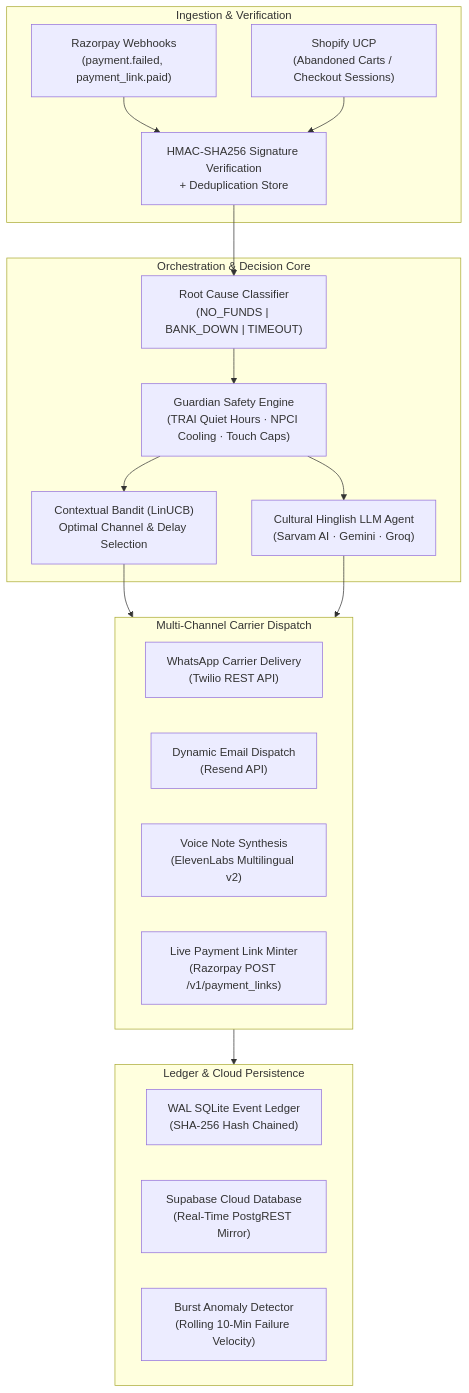
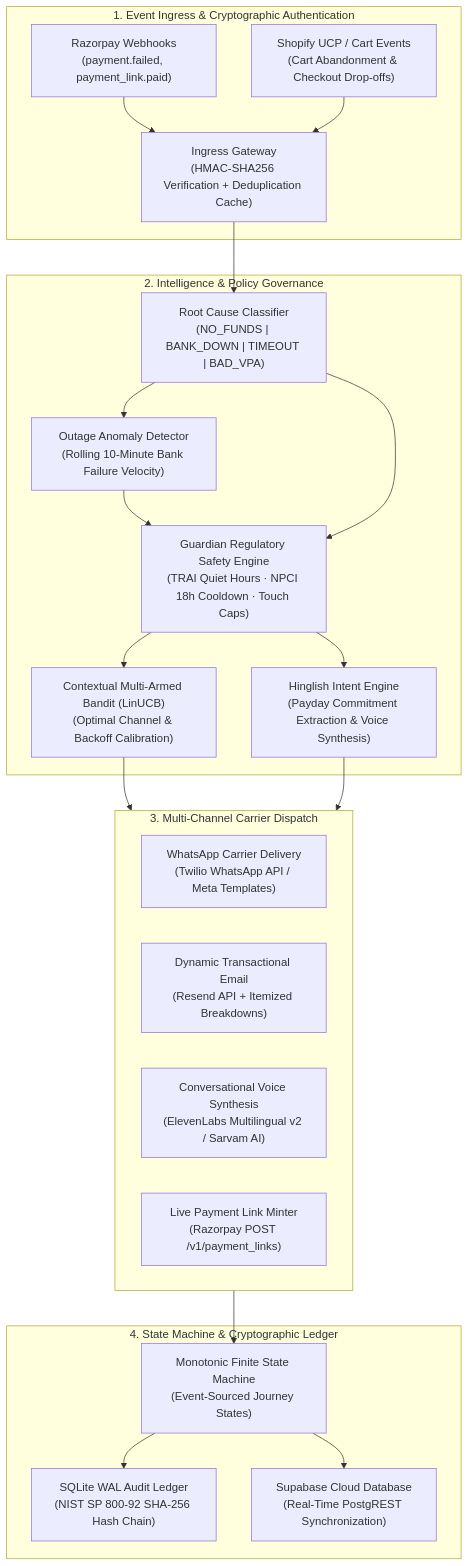
Before and after one commit to JoelDlima/Cadence: the diagram in README.md, drawn with Mermaid. The commit also changed other lines of this file and 3 other files, not shown here.

Commit message:
docs: institutional professional README overhaul without emojis, ATS-optimized architecture specification, and placeholder privacy scrub

````diff
--- a/README.md
+++ b/README.md
@@ -56,38 +35,43 @@
 ```mermaid
 flowchart TD
-    subgraph IngestionLayer["Ingestion & Verification"]
+    subgraph IngestionLayer["1. Event Ingress & Cryptographic Authentication"]
         RZP["Razorpay Webhooks\n(payment.failed, payment_link.paid)"]
-        UCP["Shopify UCP\n(Abandoned Carts / Checkout Sessions)"]
-        HMAC["HMAC-SHA256 Signature Verification\n+ Deduplication Store"]
+        UCP["Shopify UCP / Cart Events\n(Cart Abandonment & Checkout Drop-offs)"]
+        HMAC["Ingress Gateway\n(HMAC-SHA256 Verification + Deduplication Cache)"]
     end
 
-    subgraph IntelligenceLayer["Orchestration & Decision Core"]
-        CLASS["Root Cause Classifier\n(NO_FUNDS | BANK_DOWN | TIMEOUT)"]
-        GUARD["Guardian Safety Engine\n(TRAI Quiet Hours · NPCI Cooling · Touch Caps)"]
-        LLM["Cultural Hinglish LLM Agent\n(Sarvam AI · Gemini · Groq)"]
-        BANDIT["Contextual Bandit (LinUCB)\nOptimal Channel & Delay Selection"]
+    subgraph IntelligenceLayer["2. Intelligence & Policy Governance"]
+        CLASS["Root Cause Classifier\n(NO_FUNDS | BANK_DOWN | TIMEOUT | BAD_VPA)"]
+        ANOMALY["Outage Anomaly Detector\n(Rolling 10-Minute Bank Failure Velocity)"]
+        GUARD["Guardian Regulatory Safety Engine\n(TRAI Quiet Hours · NPCI 18h Cooldown · Touch Caps)"]
+        BANDIT["Contextual Multi-Armed Bandit (LinUCB)\n(Optimal Channel & Backoff Calibration)"]
+        LLM["Hinglish Intent Engine\n(Payday Commitment Extraction & Voice Synthesis)"]
     end
 
-    subgraph ExecutionLayer["Multi-Channel Carrier Dispatch"]
-        WA["WhatsApp Carrier Delivery\n(Twilio REST API)"]
-        EM["Dynamic Email Dispatch\n(Resend API)"]
-        TTS["Voice Note Synthesis\n(ElevenLabs Multilingual v2)"]
+    subgraph ExecutionLayer["3. Multi-Channel Carrier Dispatch"]
+        WA["WhatsApp Carrier Delivery\n(Twilio WhatsApp API / Meta Templates)"]
+        EM["Dynamic Transactional Email\n(Resend API + Itemized Breakdowns)"]
+        TTS["Conversational Voice Synthesis\n(ElevenLabs Multilingual v2 / Sarvam AI)"]
         PLINK["Live Payment Link Minter\n(Razorpay POST /v1/payment_links)"]
     end
 
-    subgraph StorageLayer["Ledger & Cloud Persistence"]
-        SQLITE["WAL SQLite Event Ledger\n(SHA-256 Hash Chained)"]
-        SUPA["Supabase Cloud Database\n(Real-Time PostgREST Mirror)"]
-        ANOMALY["Burst Anomaly Detector\n(Rolling 10-Min Failure Velocity)"]
+    subgraph PersistenceLayer["4. State Machine & Cryptographic Ledger"]
+        FSM["Monotonic Finite State Machine\n(Event-Sourced Journey States)"]
+        LEDGER["SQLite WAL Audit Ledger\n(NIST SP 800-92 SHA-256 Hash Chain)"]
+        SUPA["Supabase Cloud Database\n(Real-Time PostgREST Synchronization)"]
     end
 
     RZP --> HMAC
     UCP --> HMAC
     HMAC --> CLASS
+    CLASS --> ANOMALY
+    ANOMALY --> GUARD
     CLASS --> GUARD
     GUARD --> BANDIT
     GUARD --> LLM
     BANDIT --> ExecutionLayer
     LLM --> ExecutionLayer
-    ExecutionLayer --> StorageLayer
+    ExecutionLayer --> FSM
+    FSM --> LEDGER
+    FSM --> SUPA
 ```
````
